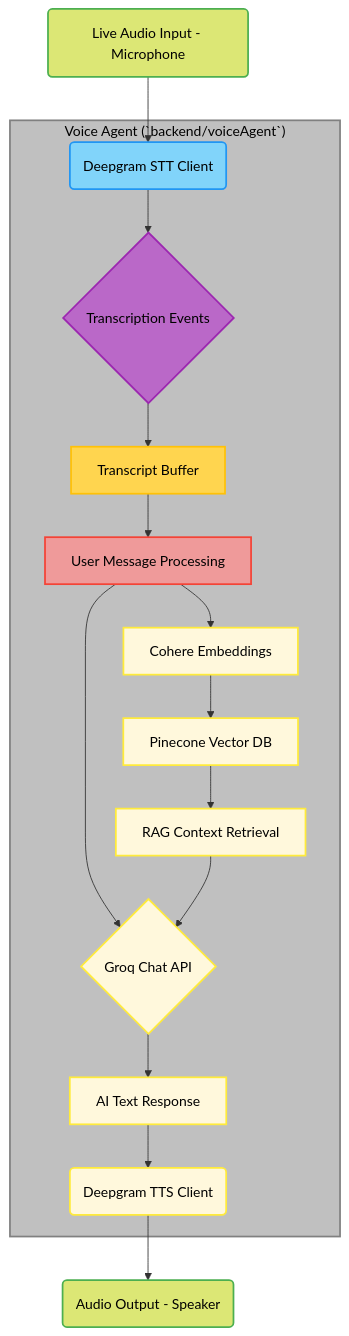
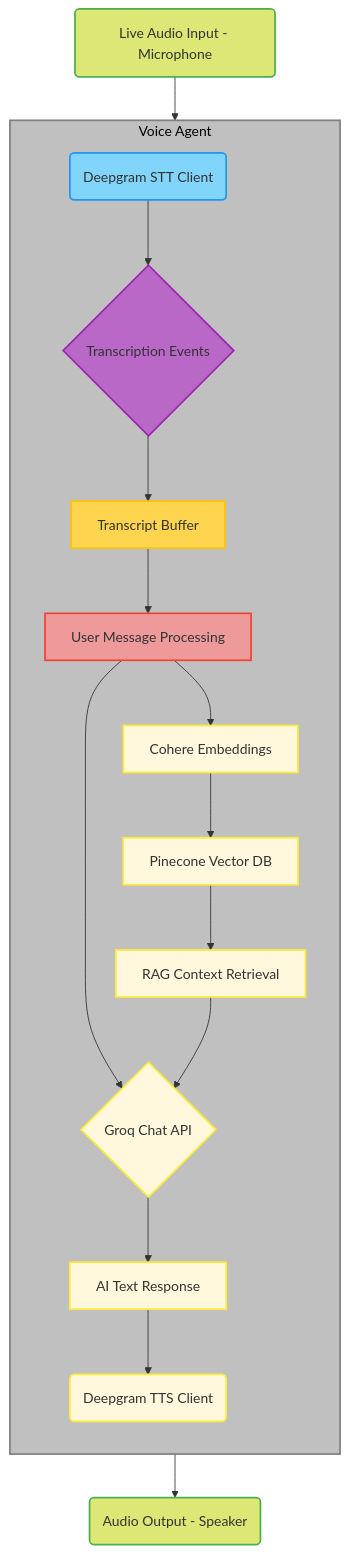
One commit to MeriemTerki/PsycheAI changed the third of 3 diagrams in backend/README.md. Above: the diagram before and after it, drawn with Mermaid.

````diff
--- a/backend/README.md
+++ b/backend/README.md
@@ -100,56 +100,47 @@
 ```mermaid
 graph TD
     InputMic(Live Audio Input - Microphone)
-    DeepgramSTT(Deepgram STT Client)
-    TransEvents{Transcription Events}
-    TranscriptBuffer[Transcript Buffer]
-    UserMsgProc[User Message Processing]
-    GroqChat{Groq Chat API}
-    CohereEmbed[Cohere Embeddings]
-    PineconeDB[Pinecone Vector DB]
-    RAGContext[RAG Context Retrieval]
-    AIText[AI Text Response]
-    DeepgramTTS(Deepgram TTS Client)
     OutputSpeaker(Audio Output - Speaker)
+
+    subgraph voice_agent_subgraph["Voice Agent"]
+        direction TD
+        DeepgramSTT(Deepgram STT Client)
+        TransEvents{Transcription Events}
+        TranscriptBuffer[Transcript Buffer]
+        UserMsgProc[User Message Processing]
+        GroqChat{Groq Chat API}
+        CohereEmbed[Cohere Embeddings]
+        PineconeDB[Pinecone Vector DB]
+        RAGContext[RAG Context Retrieval]
+        AIText[AI Text Response]
+        DeepgramTTS(Deepgram TTS Client)
+    end
 
     InputMic --> DeepgramSTT
     DeepgramSTT --> TransEvents
     TransEvents --> TranscriptBuffer
     TranscriptBuffer --> UserMsgProc
     UserMsgProc --> GroqChat
     UserMsgProc --> CohereEmbed
     CohereEmbed --> PineconeDB
     PineconeDB --> RAGContext
     RAGContext --> GroqChat
     GroqChat --> AIText
     AIText --> DeepgramTTS
     DeepgramTTS --> OutputSpeaker
 
-    subgraph VoiceAgentModule["Voice Agent (`backend/voiceAgent`)"]
-        DeepgramSTT
-        TransEvents
-        TranscriptBuffer
-        UserMsgProc
-        GroqChat
-        CohereEmbed
-        PineconeDB
-        RAGContext
-        AIText
-        DeepgramTTS
-    end
-
-    style InputMic fill:#DCE775,stroke:#4CAF50,stroke-width:2px,color:#000000
-    style OutputSpeaker fill:#DCE775,stroke:#4CAF50,stroke-width:2px,color:#000000
-    style DeepgramSTT fill:#81D4FA,stroke:#2196F3,stroke-width:2px,color:#000000
-    style TransEvents fill:#BA68C8,stroke:#9C27B0,stroke-width:2px,color:#000000
-    style TranscriptBuffer fill:#FFD54F,stroke:#FFC107,stroke-width:2px,color:#000000
-    style UserMsgProc fill:#EF9A9A,stroke:#F44336,stroke-width:2px,color:#000000
-    style GroqChat fill:#FFF8DC,stroke:#FFEB3B,stroke-width:2px,color:#000000
-    style CohereEmbed fill:#FFF8DC,stroke:#FFEB3B,stroke-width:2px,color:#000000
-    style PineconeDB fill:#FFF8DC,stroke:#FFEB3B,stroke-width:2px,color:#000000
-    style RAGContext fill:#FFF8DC,stroke:#FFEB3B,stroke-width:2px,color:#000000
-    style AIText fill:#FFF8DC,stroke:#FFEB3B,stroke-width:2px,color:#000000
-    style DeepgramTTS fill:#FFF8DC,stroke:#FFEB3B,stroke-width:2px,color:#000000
-    style VoiceAgentModule fill:#C0C0C0,stroke:#808080,stroke-width:2px,color:#000000
+    style InputMic fill:#DCE775,stroke:#4CAF50,stroke-width:2px
+    style OutputSpeaker fill:#DCE775,stroke:#4CAF50,stroke-width:2px
+    style DeepgramSTT fill:#81D4FA,stroke:#2196F3,stroke-width:2px
+    style TransEvents fill:#BA68C8,stroke:#9C27B0,stroke-width:2px
+    style TranscriptBuffer fill:#FFD54F,stroke:#FFC107,stroke-width:2px
+    style UserMsgProc fill:#EF9A9A,stroke:#F44336,stroke-width:2px
+    style GroqChat fill:#FFF8DC,stroke:#FFEB3B,stroke-width:2px
+    style CohereEmbed fill:#FFF8DC,stroke:#FFEB3B,stroke-width:2px
+    style PineconeDB fill:#FFF8DC,stroke:#FFEB3B,stroke-width:2px
+    style RAGContext fill:#FFF8DC,stroke:#FFEB3B,stroke-width:2px
+    style AIText fill:#FFF8DC,stroke:#FFEB3B,stroke-width:2px
+    style DeepgramTTS fill:#FFF8DC,stroke:#FFEB3B,stroke-width:2px
+    style voice_agent_subgraph fill:#C0C0C0,stroke:#808080,stroke-width:2px,color:#000000
 
 ```
````
